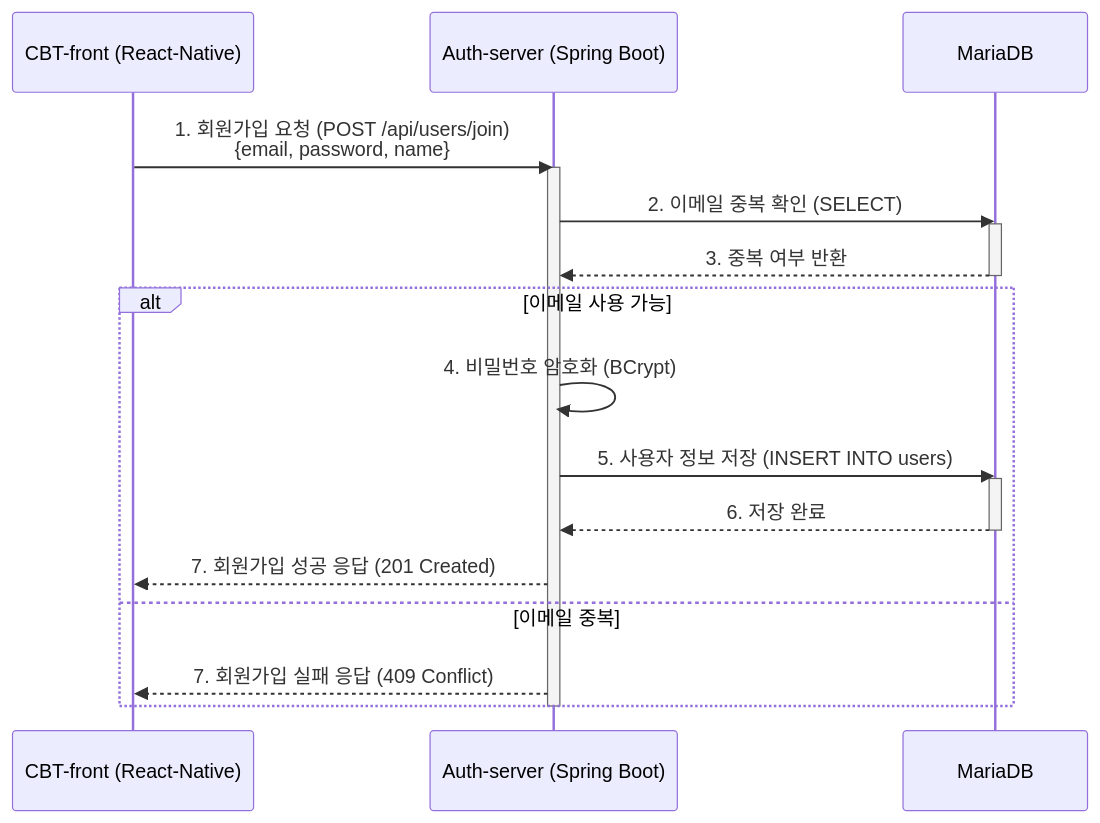
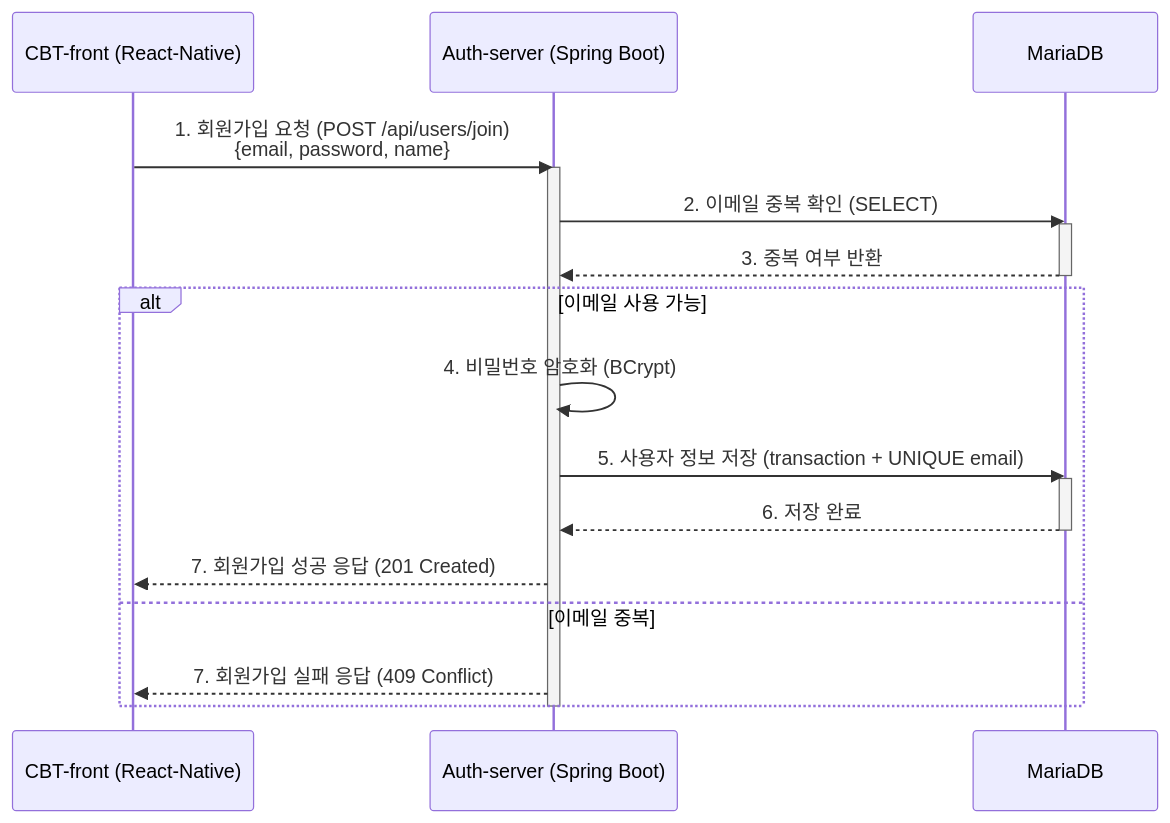
The first of 9 diagrams in content/docs/projects/cbt-system.md (choisimo/document), drawn with Mermaid before and after one commit. The commit also changed other lines of this file and 504 other files, not shown here.

````diff
--- a/content/docs/projects/cbt-system.md
+++ b/content/docs/projects/cbt-system.md
@@ -13,27 +22,27 @@
 ```mermaid
 sequenceDiagram
     participant Client as CBT-front (React-Native)
     participant AuthServer as Auth-server (Spring Boot)
     participant Database as MariaDB
 
     Client->>AuthServer: 1. 회원가입 요청 (POST /api/users/join) <br> {email, password, name}
     activate AuthServer
 
     AuthServer->>Database: 2. 이메일 중복 확인 (SELECT)
     activate Database
     Database-->>AuthServer: 3. 중복 여부 반환
     deactivate Database
 
     alt 이메일 사용 가능
         AuthServer->>AuthServer: 4. 비밀번호 암호화 (BCrypt)
-        AuthServer->>Database: 5. 사용자 정보 저장 (INSERT INTO users)
+        AuthServer->>Database: 5. 사용자 정보 저장 (transaction + UNIQUE email)
         activate Database
         Database-->>AuthServer: 6. 저장 완료
         deactivate Database
 
         AuthServer-->>Client: 7. 회원가입 성공 응답 (201 Created)
     else 이메일 중복
         AuthServer-->>Client: 7. 회원가입 실패 응답 (409 Conflict)
     end
     deactivate AuthServer
 ```
````
